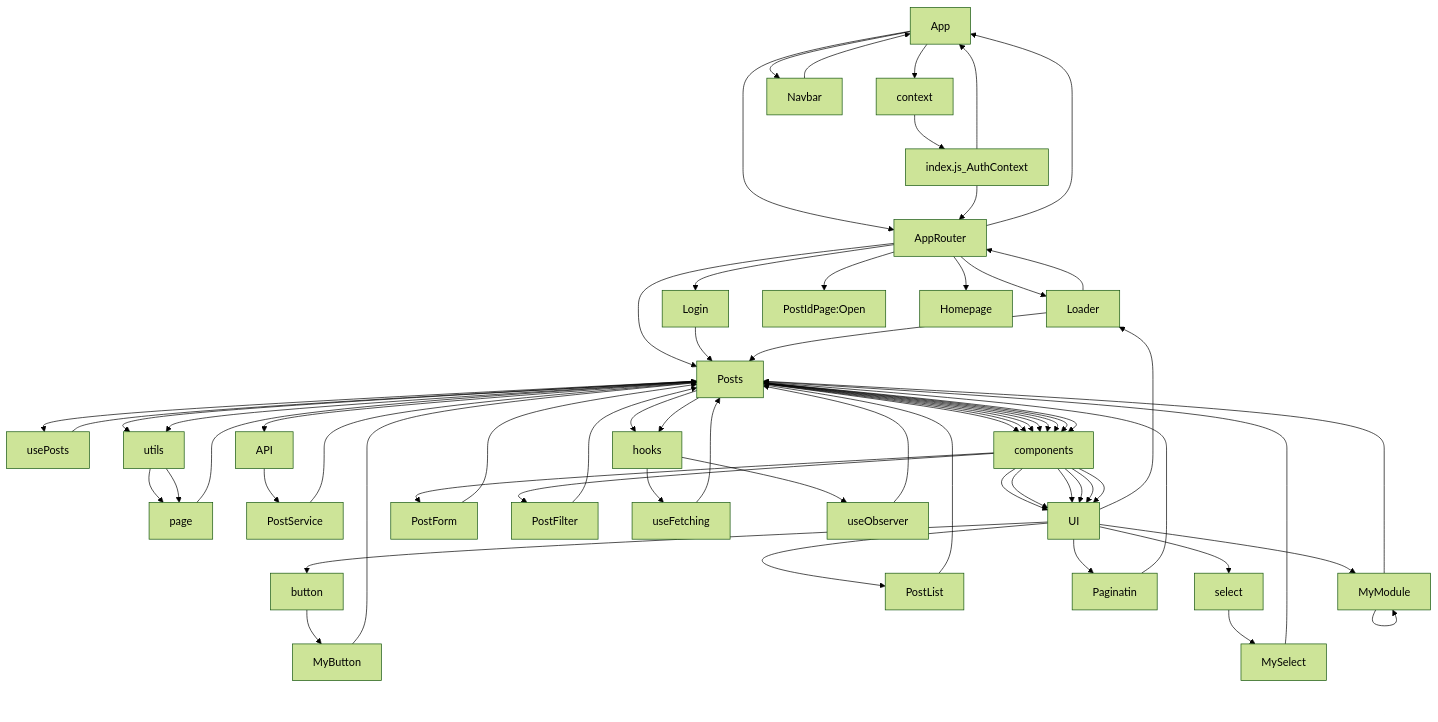
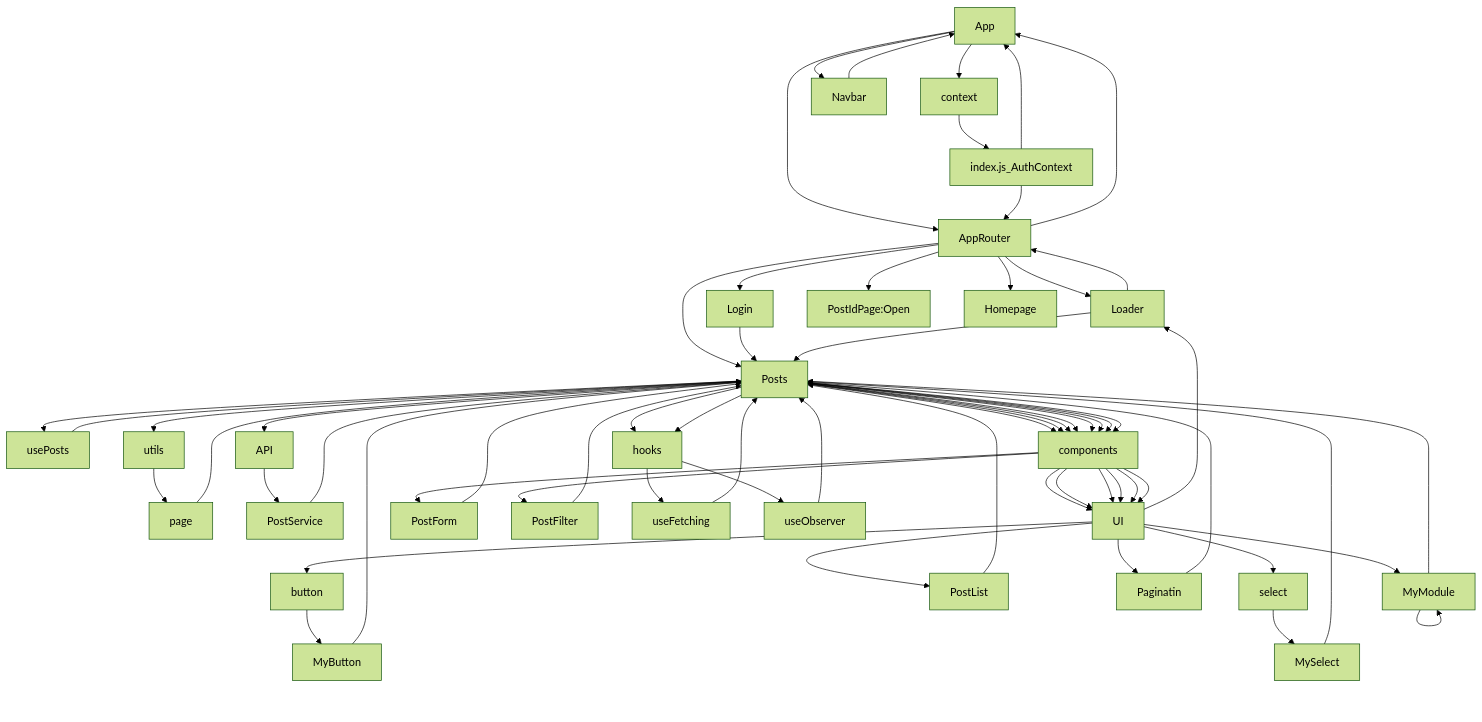
Before and after one commit to Freeze35/test-react-project: the first of 2 diagrams in README.md, drawn with Mermaid (forest theme).

````diff
--- a/README.md
+++ b/README.md
@@ -112,40 +112,39 @@
 ```mermaid
 graph TD;
    App-->context-->index.js_AuthContext-->App
    App-->Navbar
    App-->AppRouter
    Navbar-->App
    AppRouter-->App
    index.js_AuthContext-->AppRouter
    AppRouter-->Loader
    Loader-->AppRouter
    AppRouter-->Posts
    AppRouter-->Login
    Login-->Posts
    AppRouter-->PostIdPage:Open
    AppRouter-->Homepage
    Posts-->usePosts-->Posts
    Posts-->utils-->page-->Posts
    Posts-->API-->PostService-->Posts
-   Posts-->utils-->page
    Posts-->components-->UI-->button-->MyButton
    MyButton-->Posts
    Posts-->components-->UI-->MyModule-->MyModule
    MyModule-->Posts
    Posts-->components-->PostForm
    PostForm-->Posts
    Posts-->components-->PostFilter
    PostFilter-->Posts
    Posts-->components-->UI-->PostList
    PostList-->Posts
    Posts-->components-->UI-->Loader
    Loader-->Posts
    Posts-->components-->UI-->Paginatin
    Paginatin-->Posts
    Posts-->hooks-->useFetching
    useFetching-->Posts
    Posts-->hooks-->useObserver
    useObserver-->Posts
    Posts-->components-->UI-->select-->MySelect
    MySelect-->Posts
 ```
````
